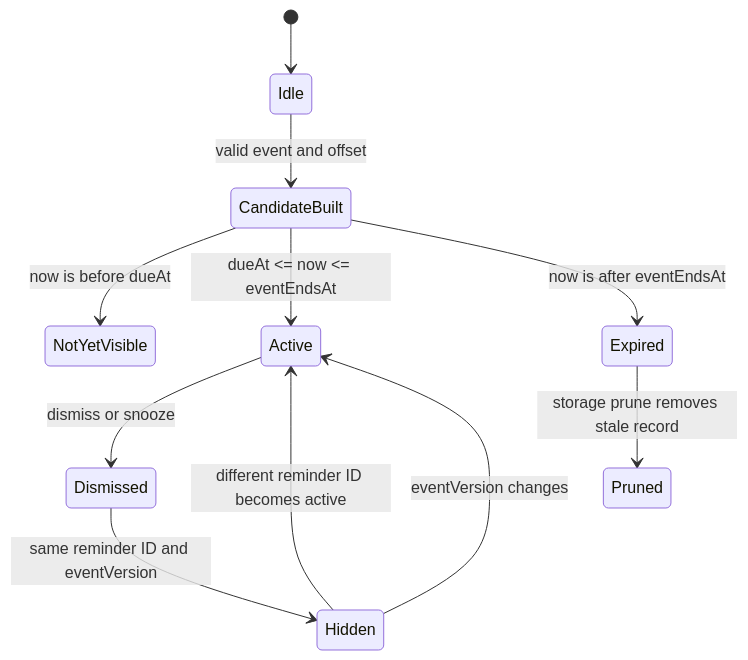
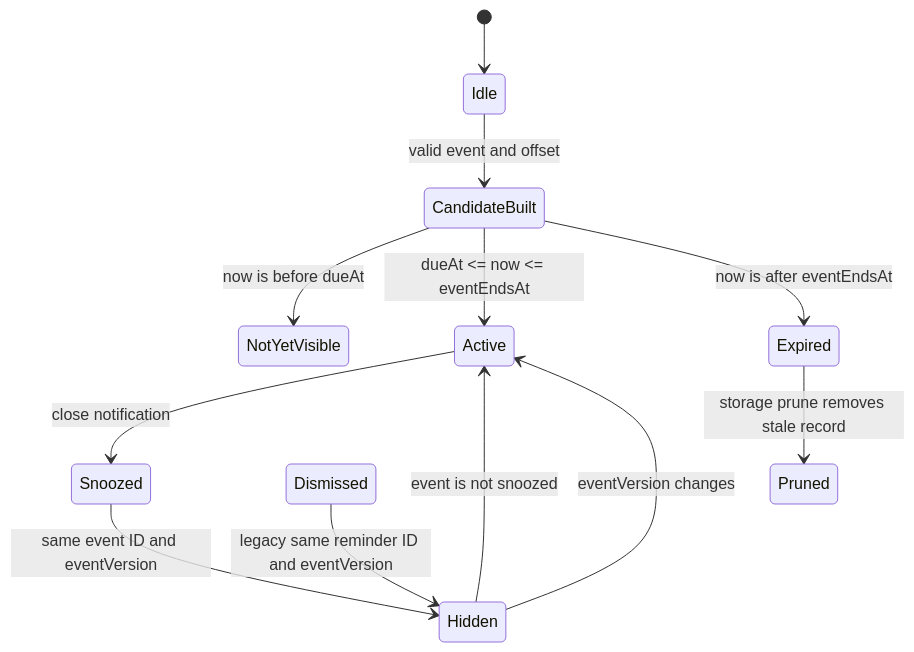
One commit to lester-td/SUSSplanner changed diagram 12 of 18 in docs/DeveloperGuide.md. Above: the diagram before and after it, drawn with Mermaid. The commit also changed other lines of this file and 7 other files, not shown here.

Commit message:
Make reminder close snooze the event

````diff
--- a/docs/DeveloperGuide.md
+++ b/docs/DeveloperGuide.md
@@ -1062,13 +1063,14 @@
 ```mermaid
 stateDiagram-v2
     [*] --> Idle
     Idle --> CandidateBuilt: valid event and offset
     CandidateBuilt --> NotYetVisible: now is before dueAt
     CandidateBuilt --> Active: dueAt <= now <= eventEndsAt
     CandidateBuilt --> Expired: now is after eventEndsAt
-    Active --> Dismissed: dismiss or snooze
-    Dismissed --> Hidden: same reminder ID and eventVersion
-    Hidden --> Active: different reminder ID becomes active
+    Active --> Snoozed: close notification
+    Dismissed --> Hidden: legacy same reminder ID and eventVersion
+    Snoozed --> Hidden: same event ID and eventVersion
+    Hidden --> Active: event is not snoozed
     Hidden --> Active: eventVersion changes
     Expired --> Pruned: storage prune removes stale record
 ```
````
